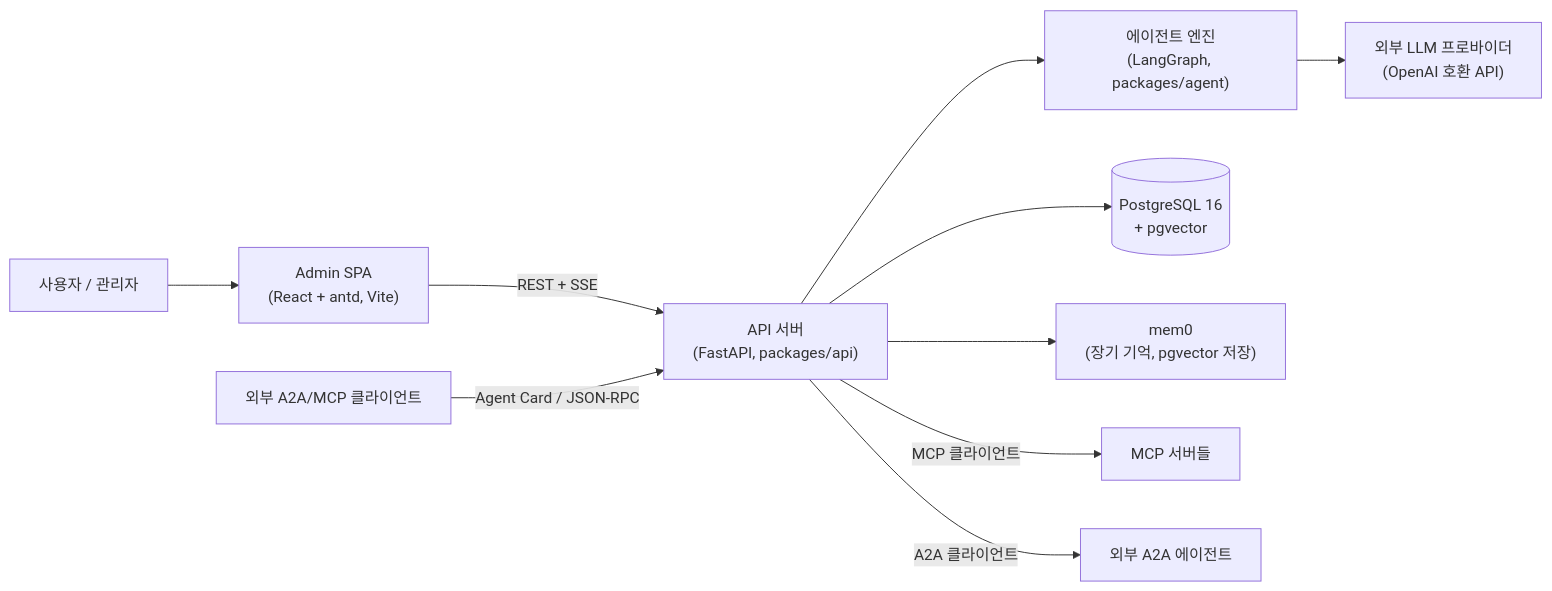
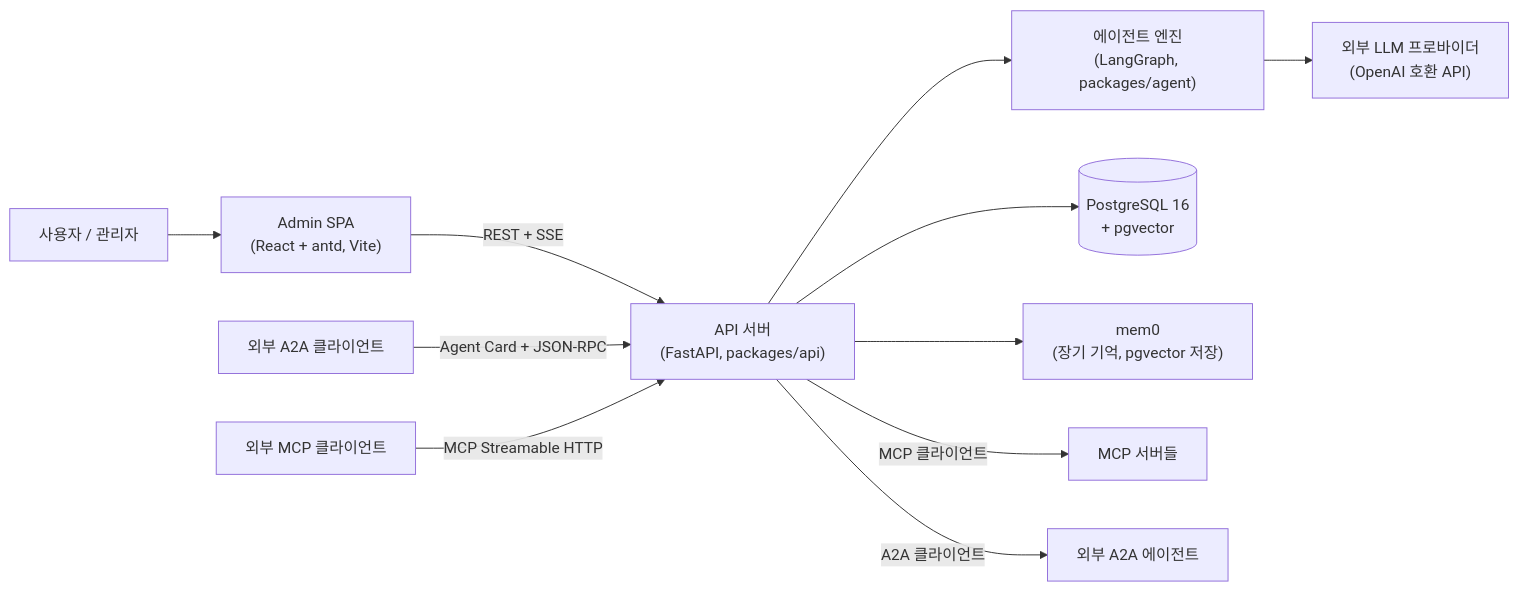
One commit to loveqoo/my-agents changed the first of 4 diagrams in docs/architecture.md. Above: the diagram before and after it, drawn with Mermaid. The commit also changed other lines of this file and 3 other files, not shown here.

````diff
--- a/docs/architecture.md
+++ b/docs/architecture.md
@@ -21,12 +21,13 @@
 ```mermaid
 flowchart LR
     U["사용자 / 관리자"] --> SPA["Admin SPA<br/>(React + antd, Vite)"]
     SPA -->|"REST + SSE"| API["API 서버<br/>(FastAPI, packages/api)"]
     API --> ENGINE["에이전트 엔진<br/>(LangGraph, packages/agent)"]
     API --> PG[("PostgreSQL 16<br/>+ pgvector")]
     API --> MEM["mem0<br/>(장기 기억, pgvector 저장)"]
     ENGINE --> LLM["외부 LLM 프로바이더<br/>(OpenAI 호환 API)"]
     API -->|"MCP 클라이언트"| MCP["MCP 서버들"]
     API -->|"A2A 클라이언트"| EXT["외부 A2A 에이전트"]
-    EXTC["외부 A2A/MCP 클라이언트"] -->|"Agent Card / JSON-RPC"| API
+    EXTA["외부 A2A 클라이언트"] -->|"Agent Card + JSON-RPC"| API
+    EXTM["외부 MCP 클라이언트"] -->|"MCP Streamable HTTP"| API
 ```
````
